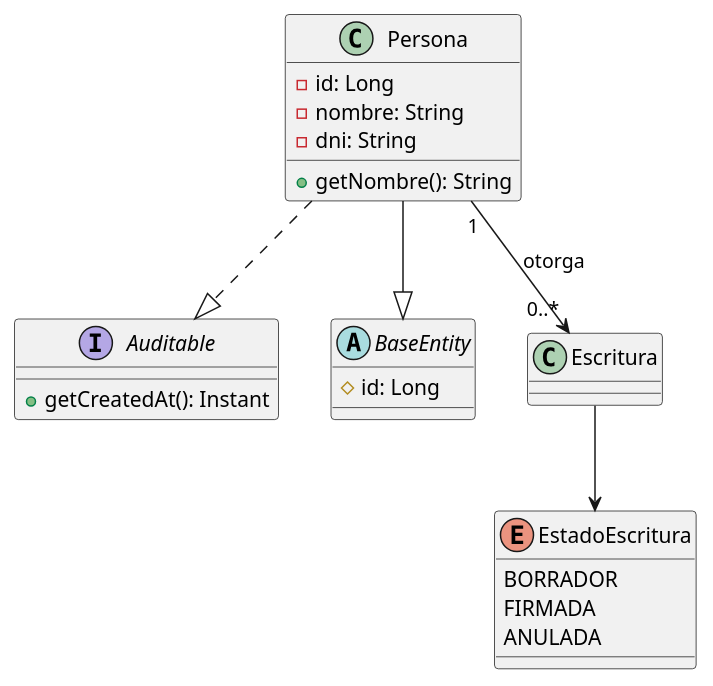
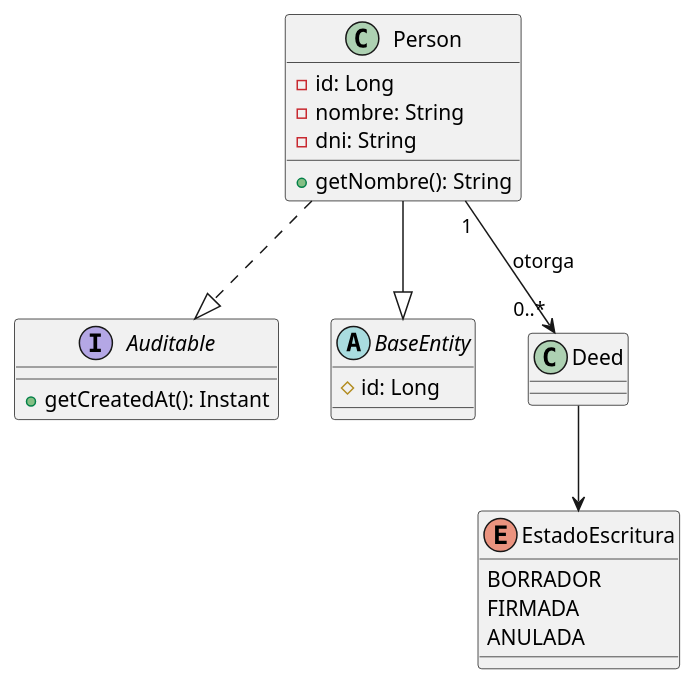
The first of 18 diagrams in .claude/skills/plantuml/references/diagram-types.md (matiaspakua/notaire), drawn with PlantUML before and after one commit. The commit also changed other lines of this file and 1430 other files, not shown here.

````diff
--- a/.claude/skills/plantuml/references/diagram-types.md
+++ b/.claude/skills/plantuml/references/diagram-types.md
@@ -50,29 +50,29 @@
 ```plantuml
 @startuml
-class Persona {
+class Person {
   -id: Long
   -nombre: String
   -dni: String
   +getNombre(): String
 }
 
 interface Auditable {
   +getCreatedAt(): Instant
 }
 
 abstract class BaseEntity {
   #id: Long
 }
 
 enum EstadoEscritura {
   BORRADOR
   FIRMADA
   ANULADA
 }
 
-Persona --|> BaseEntity
-Persona ..|> Auditable
-Persona "1" --> "0..*" Escritura : otorga
-Escritura --> EstadoEscritura
+Person --|> BaseEntity
+Person ..|> Auditable
+Person "1" --> "0..*" Deed : otorga
+Deed --> EstadoEscritura
 @enduml
 ```
````
